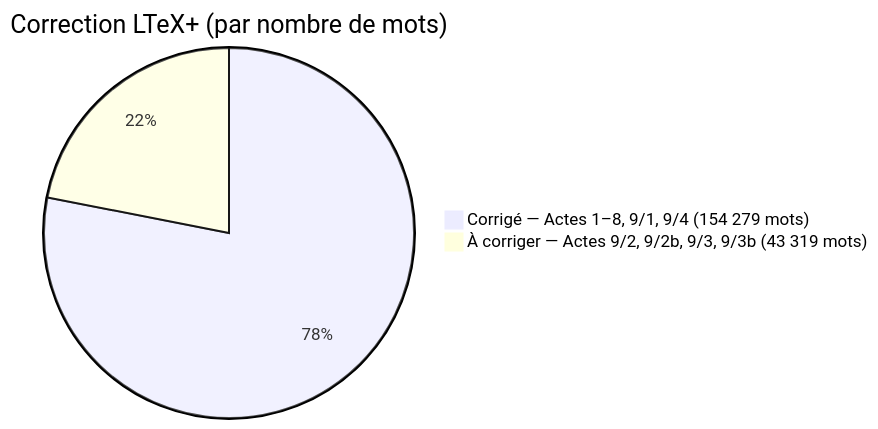
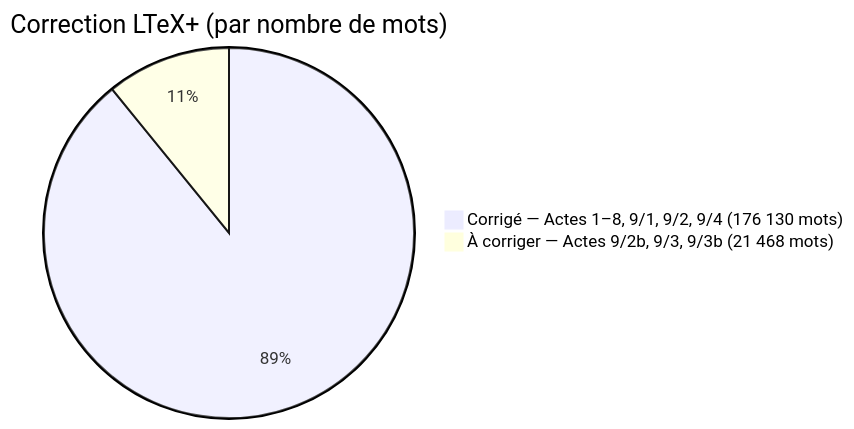
One commit to eric-mugnier/tete-de-veau-ravigote changed the diagram in actes/word_count.md. Above: the diagram before and after it, drawn with Mermaid. The commit also changed other lines of this file, not shown here.

Commit message:
word_count.md : acte_09_2 corrigé + màj mermaid

````diff
--- a/actes/word_count.md
+++ b/actes/word_count.md
@@ -29,5 +29,5 @@
 ```mermaid
 pie title Correction LTeX+ (par nombre de mots)
-    "Corrigé — Actes 1–8, 9/1, 9/4 (154 279 mots)" : 154279
-    "À corriger — Actes 9/2, 9/2b, 9/3, 9/3b (43 319 mots)" : 43319
+    "Corrigé — Actes 1–8, 9/1, 9/2, 9/4 (176 130 mots)" : 176130
+    "À corriger — Actes 9/2b, 9/3, 9/3b (21 468 mots)" : 21468
 ```
````
